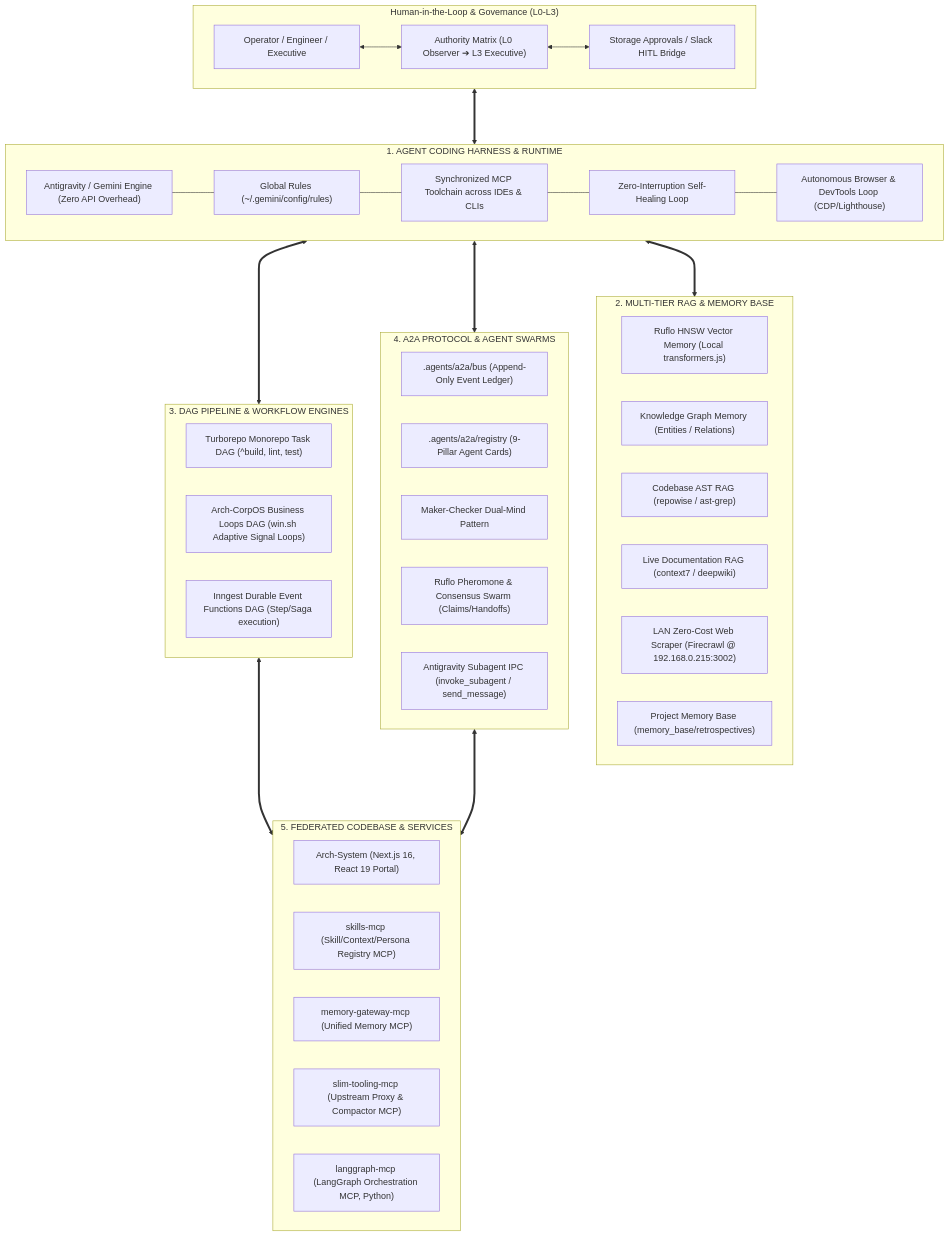
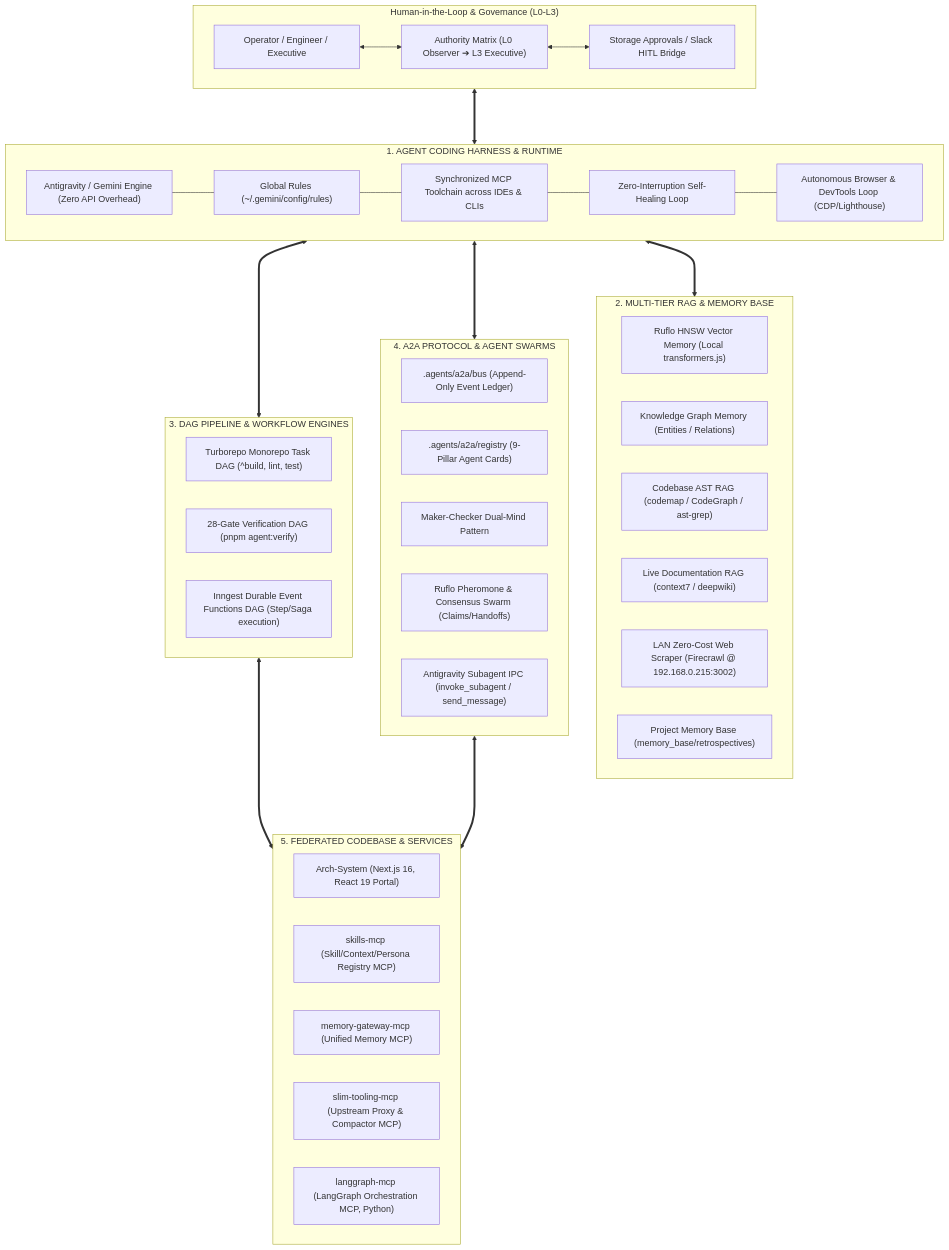
The first of 3 diagrams in .agents/SYSTEMS.md (Timothy191/Arch-System), drawn with Mermaid before and after one commit. The commit also changed other lines of this file and 172 other files, not shown here.

````diff
--- a/.agents/SYSTEMS.md
+++ b/.agents/SYSTEMS.md
@@ -14,56 +14,56 @@
 ```mermaid
 flowchart TD
     subgraph HumanLayer ["Human-in-the-Loop & Governance (L0-L3)"]
         User["Operator / Engineer / Executive"]
         AuthGate["Authority Matrix (L0 Observer ➔ L3 Executive)"]
         ApprovalQueue["Storage Approvals / Slack HITL Bridge"]
         User <--> AuthGate <--> ApprovalQueue
     end
 
     subgraph AgentHarness ["1. AGENT CODING HARNESS & RUNTIME"]
         Engine["Antigravity / Gemini Engine (Zero API Overhead)"]
         Directives["Global Rules (~/.gemini/config/rules)"]
         SyncMCP["Synchronized MCP Toolchain across IDEs & CLIs"]
         SelfHealing["Zero-Interruption Self-Healing Loop"]
         BrowserLoop["Autonomous Browser & DevTools Loop (CDP/Lighthouse)"]
         Engine --- Directives --- SyncMCP --- SelfHealing --- BrowserLoop
     end
 
     subgraph MemoryRAG ["2. MULTI-TIER RAG & MEMORY BASE"]
         RufloVector["Ruflo HNSW Vector Memory (Local transformers.js)"]
         KGMemory["Knowledge Graph Memory (Entities / Relations)"]
-        AST_RAG["Codebase AST RAG (repowise / ast-grep)"]
+        AST_RAG["Codebase AST RAG (codemap / CodeGraph / ast-grep)"]
         DocRAG["Live Documentation RAG (context7 / deepwiki)"]
         ScrapeRAG["LAN Zero-Cost Web Scraper (Firecrawl @ 192.168.0.215:3002)"]
         RepoRetros["Project Memory Base (memory_base/retrospectives)"]
     end
 
     subgraph DAGWorkflows ["3. DAG PIPELINE & WORKFLOW ENGINES"]
         TurboDAG["Turborepo Monorepo Task DAG (^build, lint, test)"]
-        CorpOSDAG["Arch-CorpOS Business Loops DAG (win.sh Adaptive Signal Loops)"]
+        VerifyDAG["28-Gate Verification DAG (pnpm agent:verify)"]
         InngestDAG["Inngest Durable Event Functions DAG (Step/Saga execution)"]
     end
 
     subgraph A2A_Swarm ["4. A2A PROTOCOL & AGENT SWARMS"]
         A2ABus[".agents/a2a/bus (Append-Only Event Ledger)"]
         A2ARegistry[".agents/a2a/registry (9-Pillar Agent Cards)"]
         MakerChecker["Maker-Checker Dual-Mind Pattern"]
         RufloSwarm["Ruflo Pheromone & Consensus Swarm (Claims/Handoffs)"]
         SubagentIPC["Antigravity Subagent IPC (invoke_subagent / send_message)"]
     end
 
     subgraph FederatedServices ["5. FEDERATED CODEBASE & SERVICES"]
         ArchPortal["Arch-System (Next.js 16, React 19 Portal)"]
         SkillsMCP["skills-mcp (Skill/Context/Persona Registry MCP)"]
         MemoryMCP["memory-gateway-mcp (Unified Memory MCP)"]
         SlimMCP["slim-tooling-mcp (Upstream Proxy & Compactor MCP)"]
         LangGraphMCP["langgraph-mcp (LangGraph Orchestration MCP, Python)"]
     end
 
     HumanLayer <===> AgentHarness
     AgentHarness <===> MemoryRAG
     AgentHarness <===> DAGWorkflows
     AgentHarness <===> A2A_Swarm
     DAGWorkflows <===> FederatedServices
     A2A_Swarm <===> FederatedServices
 ```
````
